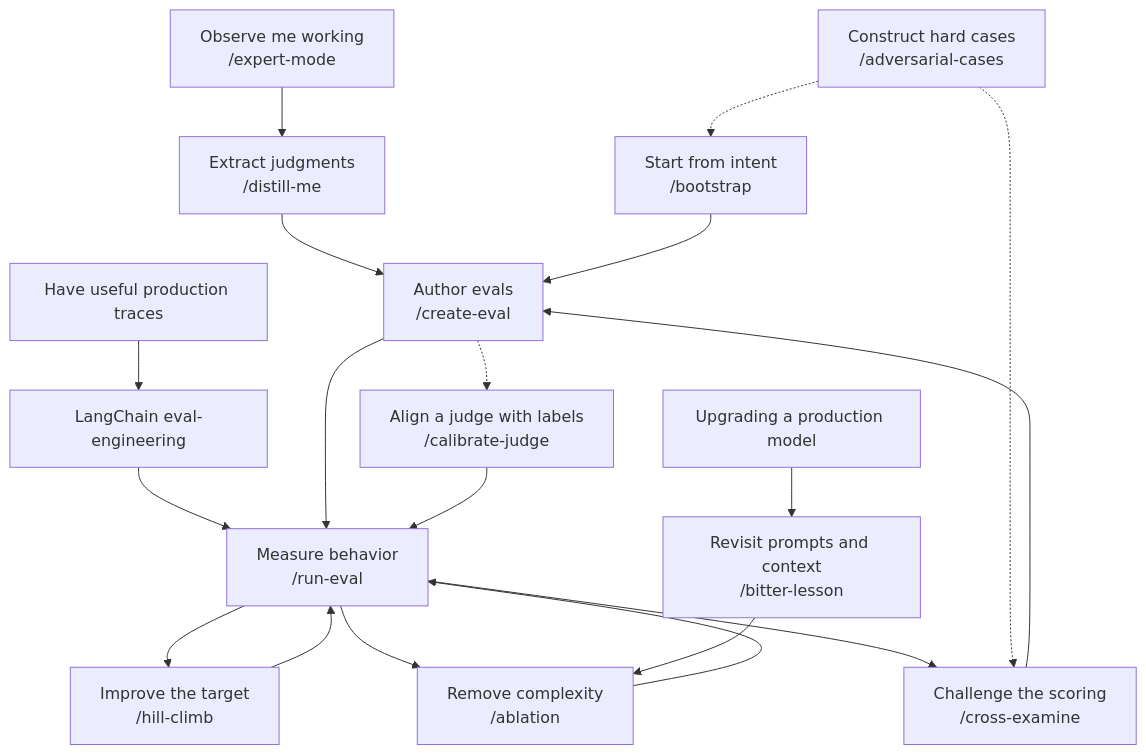
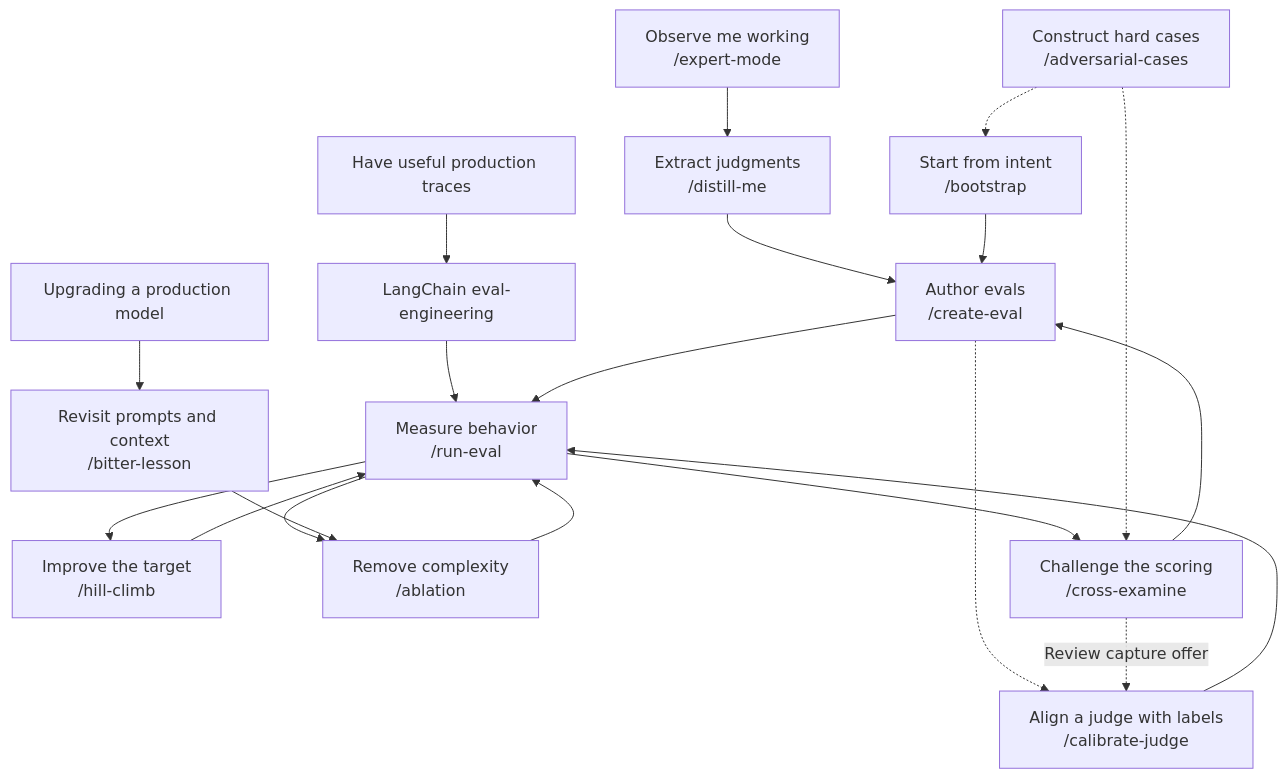
One commit to theclaymethod/cstack changed the diagram in README.md. Above: the diagram before and after it, drawn with Mermaid. The commit also changed other lines of this file and 174 other files, not shown here.

Commit message:
Offer scoped review capture for judge calibration

````diff
--- a/README.md
+++ b/README.md
@@ -9,21 +9,22 @@
 ```mermaid
 flowchart TD
     O["Observe me working<br/>/expert-mode"] --> D["Extract judgments<br/>/distill-me"]
     D --> C["Author evals<br/>/create-eval"]
     B["Start from intent<br/>/bootstrap"] --> C
     P["Have useful production traces"] --> E["LangChain eval-engineering"]
     E --> R["Measure behavior<br/>/run-eval"]
     C --> R
     C -.-> J["Align a judge with labels<br/>/calibrate-judge"]
     J --> R
     R --> H["Improve the target<br/>/hill-climb"]
     H --> R
     R --> L["Remove complexity<br/>/ablation"]
     L --> R
     M["Upgrading a production model"] --> BL["Revisit prompts and context<br/>/bitter-lesson"]
     BL --> L
     R --> X["Challenge the scoring<br/>/cross-examine"]
     X --> C
+    X -. "Review capture offer" .-> J
     A["Construct hard cases<br/>/adversarial-cases"] -.-> B
     A -.-> X
 ```
````
